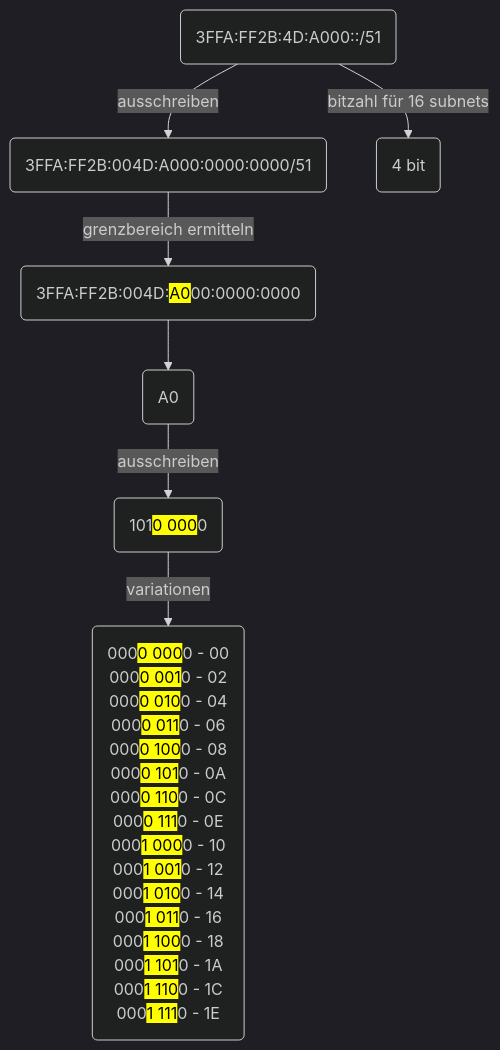
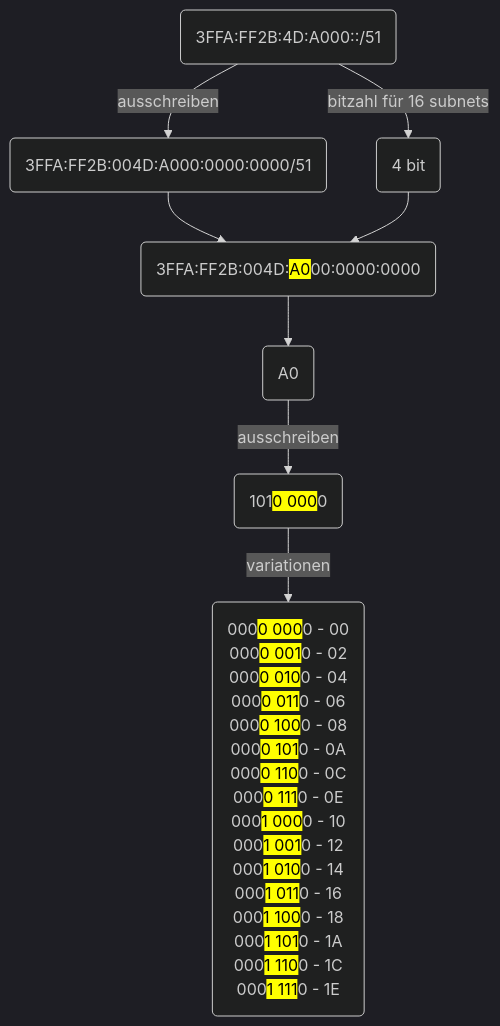
The second of 2 diagrams in Franke/ipv6.md (Jan-Eckerlein/Training), drawn with Mermaid (dark theme) before and after one commit. The commit also changed other lines of this file, not shown here.

````diff
--- a/Franke/ipv6.md
+++ b/Franke/ipv6.md
@@ -45,11 +44,12 @@
 ```mermaid
 graph TD;
 
 a(3FFA:FF2B:4D:A000::/51)
 a-->|ausschreiben|b(3FFA:FF2B:004D:A000:0000:0000/51)
 a-->|bitzahl für 16 subnets|c(4 bit)
-b-->|grenzbereich ermitteln|d(3FFA:FF2B:004D:<mark>A0</mark>00:0000:0000)
+b-->d(3FFA:FF2B:004D:<mark>A0</mark>00:0000:0000)
+c-->d
 d-->e(A0)
 e-->|ausschreiben|f(101<mark>0 000</mark>0)
 f-->|variationen|g(000<mark>0 000</mark>0  -  00<br>000<mark>0 001</mark>0  -  02<br>000<mark>0 010</mark>0  -  04<br>000<mark>0 011</mark>0  -  06<br>000<mark>0 100</mark>0  -  08<br>000<mark>0 101</mark>0  -  0A<br>000<mark>0 110</mark>0  -  0C<br>000<mark>0 111</mark>0  -  0E<br>000<mark>1 000</mark>0  -  10<br>000<mark>1 001</mark>0  -  12<br>000<mark>1 010</mark>0  -  14<br>000<mark>1 011</mark>0  -  16<br>000<mark>1 100</mark>0  -  18<br>000<mark>1 101</mark>0  -  1A<br>000<mark>1 110</mark>0  -  1C<br>000<mark>1 111</mark>0  -  1E)
 ```
````
